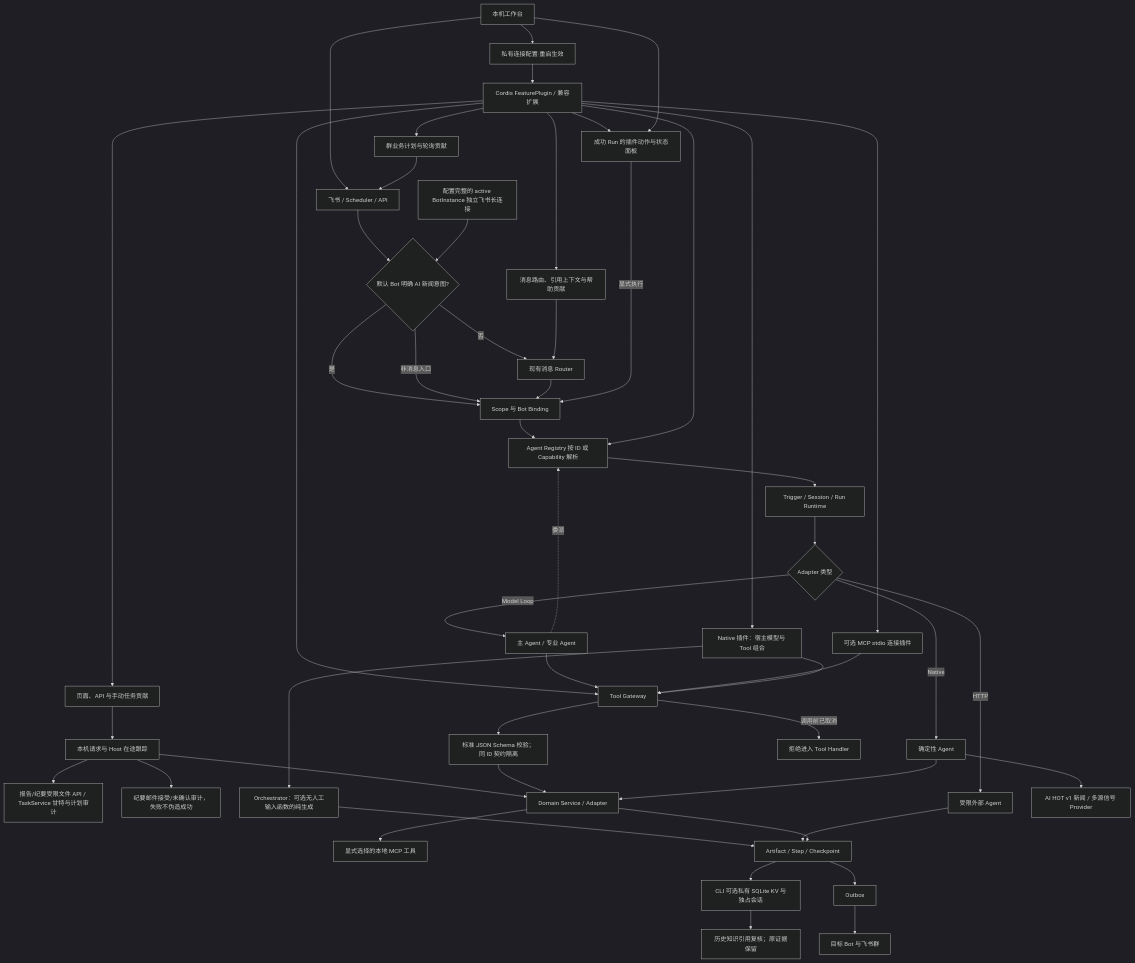
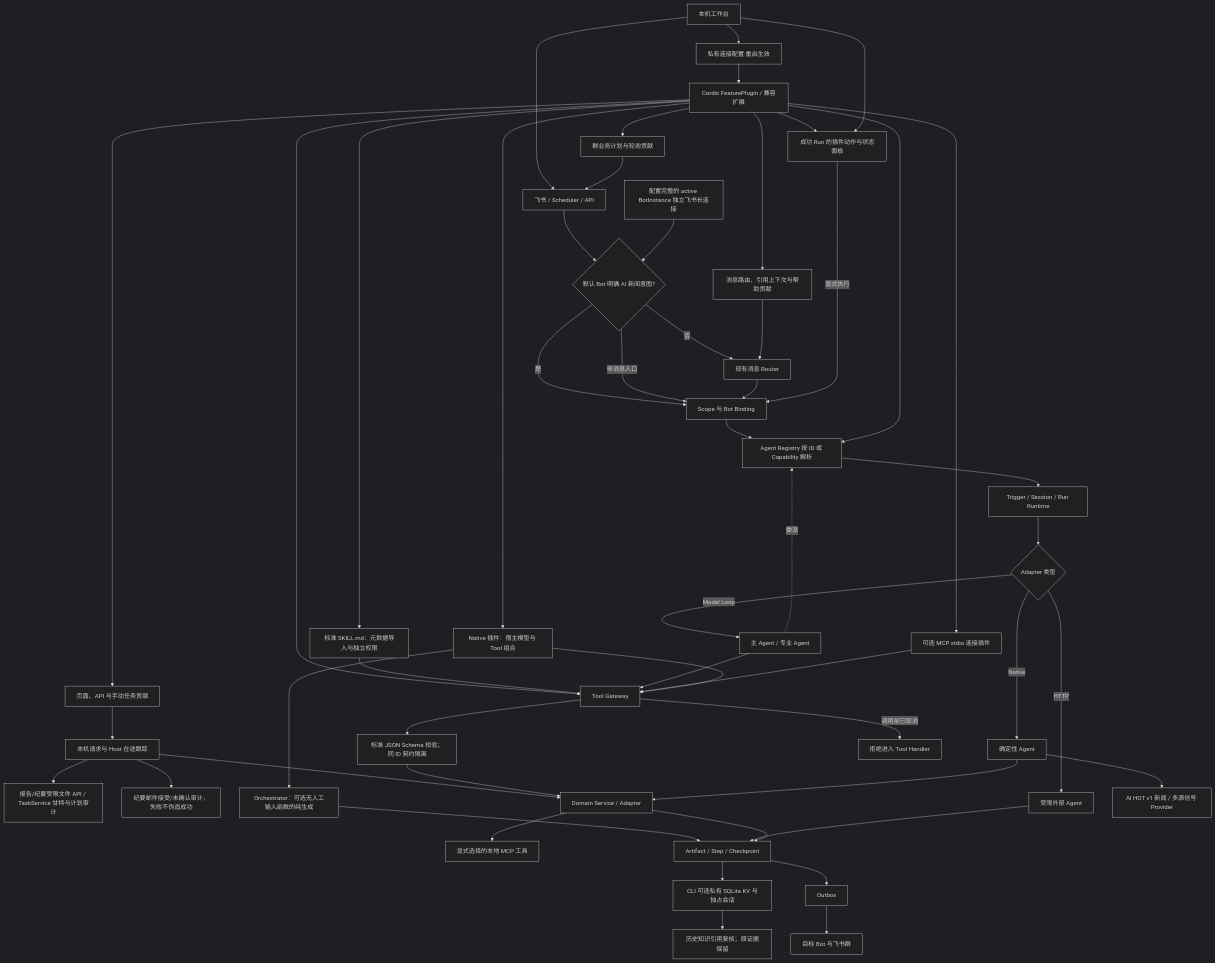
One commit to KlayPeter/AI-Delivery-Ops-Agent changed the diagram in backend/src/platform/FEATURE.md. Above: the diagram before and after it, drawn with Mermaid (dark theme). The commit also changed other lines of this file and 21 other files, not shown here.

````diff
--- a/backend/src/platform/FEATURE.md
+++ b/backend/src/platform/FEATURE.md
@@ -29,52 +29,54 @@
 ```mermaid
 flowchart TD
     UI[本机工作台] --> A
     UI --> LC[私有连接配置·重启生效]
     LC --> X
     A["飞书 / Scheduler / API"] --> R{"默认 Bot 明确 AI 新闻意图?"}
     R -- "是" --> B["Scope 与 Bot Binding"]
     R -- "否" --> Q["现有消息 Router"]
     R -- "非消息入口" --> B
     Q --> B
     B --> C["Agent Registry 按 ID 或 Capability 解析"]
     X["Cordis FeaturePlugin / 兼容扩展"] --> C
     X --> I["Tool / Skill / Adapter 注册"]
+    X --> SKIMP[标准 SKILL.md：元数据导入与独立权限]
+    SKIMP --> I
     X --> MR["消息路由、引用上下文与帮助贡献"]
     MR --> Q
     X --> WEB[页面、API 与手动任务贡献]
     WEB --> WREQ[本机请求与 Host 在途跟踪]
     WREQ --> PV[报告/纪要受限文件 API / TaskService 甘特与计划审计]
     WREQ --> MAIL[纪要邮件接受/未确认审计，失败不伪造成功]
     WREQ --> J
     X --> RA[成功 Run 的插件动作与状态面板]
     UI --> RA
     RA -- 显式执行 --> B
     X --> SJ[群业务计划与轮询贡献]
     SJ --> A
     C --> D["Trigger / Session / Run Runtime"]
     D --> E{"Adapter 类型"}
     E -- Model Loop --> F["主 Agent / 专业 Agent"]
     E -- Native --> G["确定性 Agent"]
     E -- HTTP --> H["受限外部 Agent"]
     F --> I["Tool Gateway"]
     F -. 委派 .-> C
     I --> SV[标准 JSON Schema 校验；同 ID 契约隔离]
     SV --> J["Domain Service / Adapter"]
     X --> MCP[可选 MCP stdio 连接插件]
     MCP --> I
     J --> MS[显式选择的本地 MCP 工具]
     I -- "调用前已取消" --> XC["拒绝进入 Tool Handler"]
     X --> NP["Native 插件：宿主模型与 Tool 组合"]
     NP --> I
     NP --> OM["Orchestrator：可选无人工输入函数的纯生成"]
     OM --> K
     G --> J
     H --> K["Artifact / Step / Checkpoint"]
     K --> LS[CLI 可选私有 SQLite KV 与独占会话]
     LS --> IR[历史知识引用复核；原证据保留]
     J --> K
     K --> L["Outbox"]
     L --> M["目标 Bot 与飞书群"]
     N["配置完整的 active BotInstance 独立飞书长连接"] --> R
     G --> O["AI HOT v1 新闻 / 多源信号 Provider"]
 ```
````
